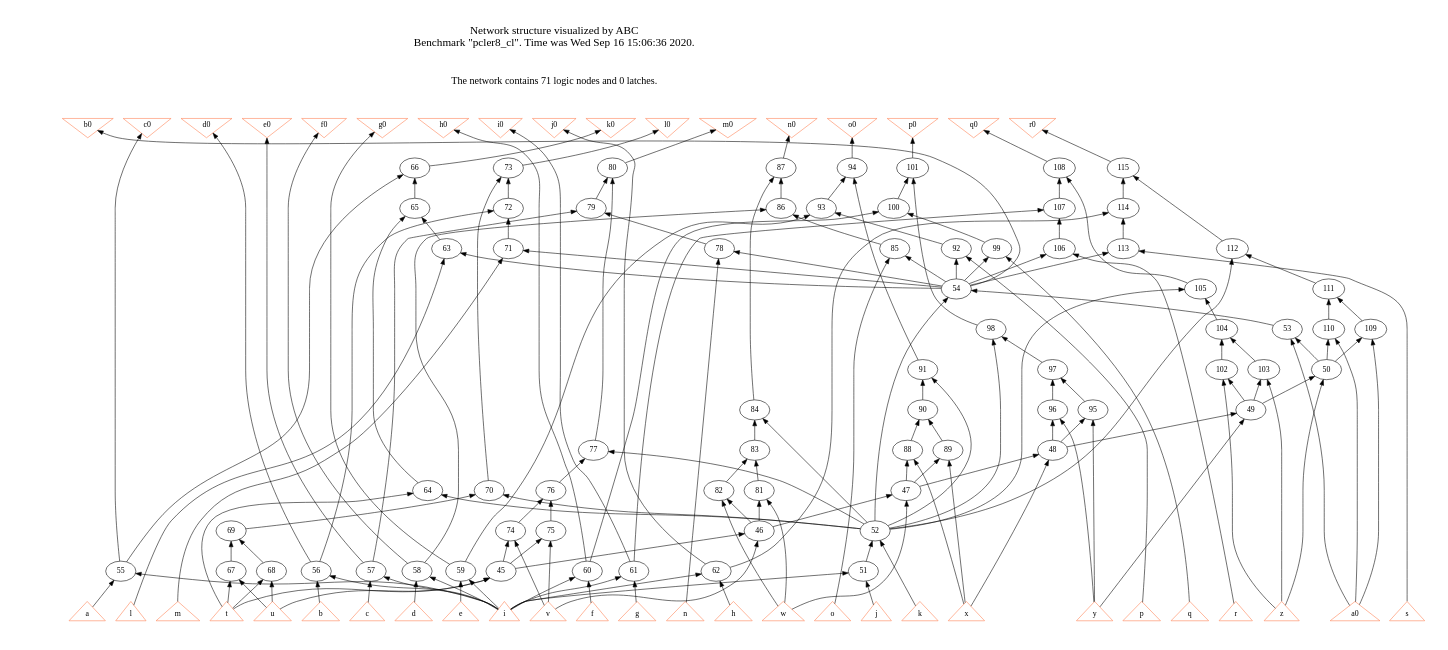
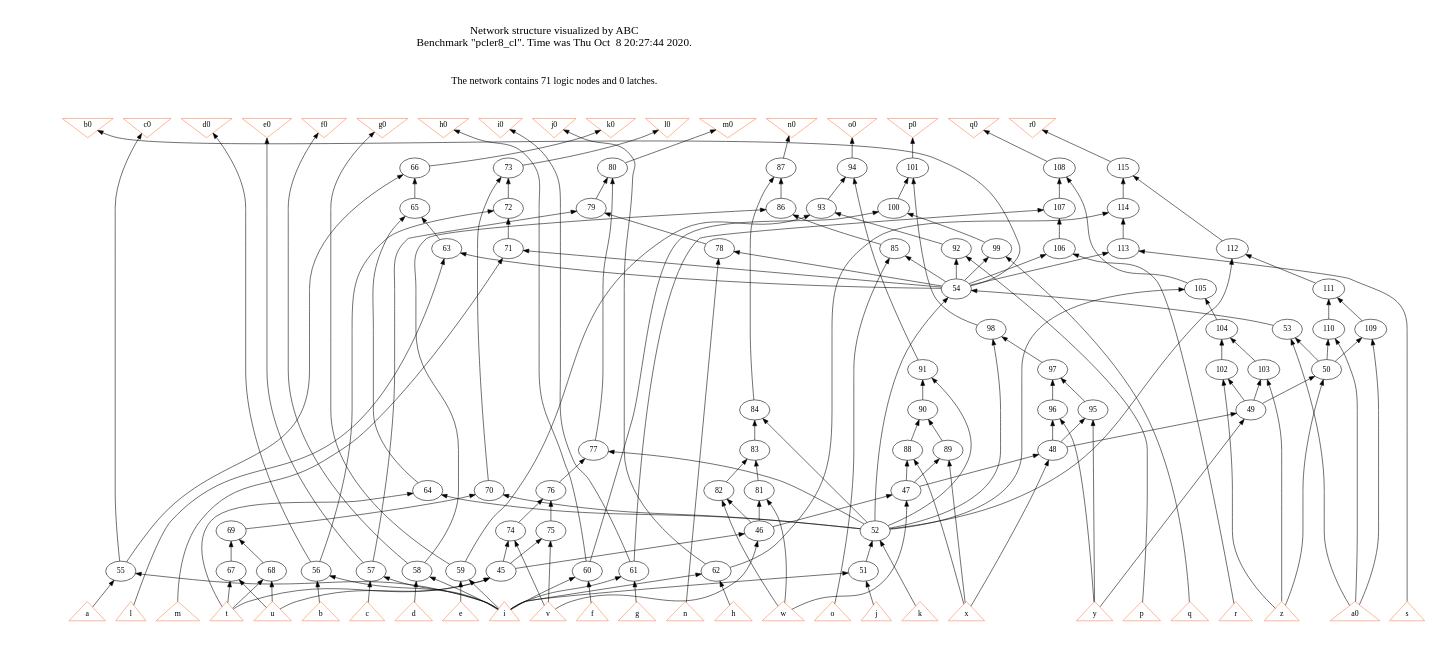
Before and after one commit to canesche/bench_circuits: the diagram in dot/synth-91/pcler8.dot, drawn with Graphviz. The commit also changed 1018 other files, not shown here.

```diff
--- a/dot/synth-91/pcler8.dot
+++ b/dot/synth-91/pcler8.dot
@@ -32,7 +32,7 @@
   title1 [shape=plaintext,
           fontsize=20,
           fontname = "Times-Roman",
-          label="Network structure visualized by ABC\nBenchmark \"pcler8_cl\". Time was Wed Sep 16 15:06:36 2020. "
+          label="Network structure visualized by ABC\nBenchmark \"pcler8_cl\". Time was Thu Oct  8 20:27:44 2020. "
          ];
 }
 
```
